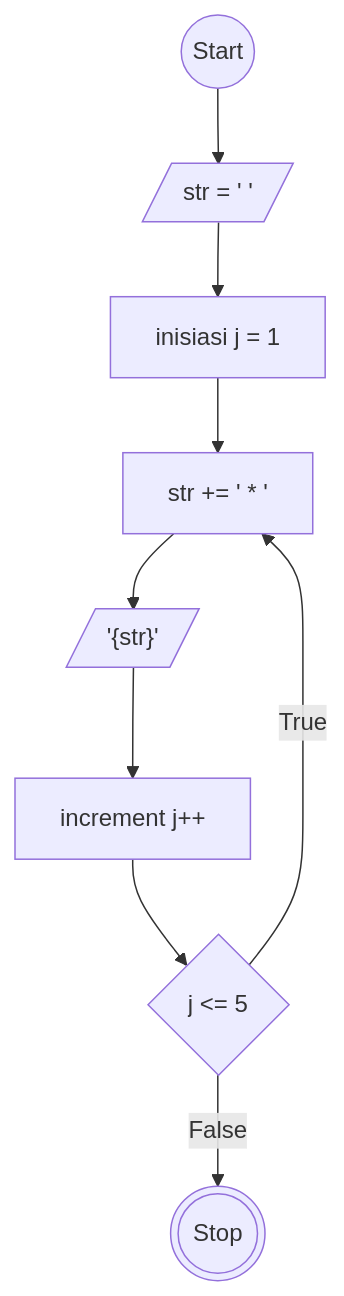
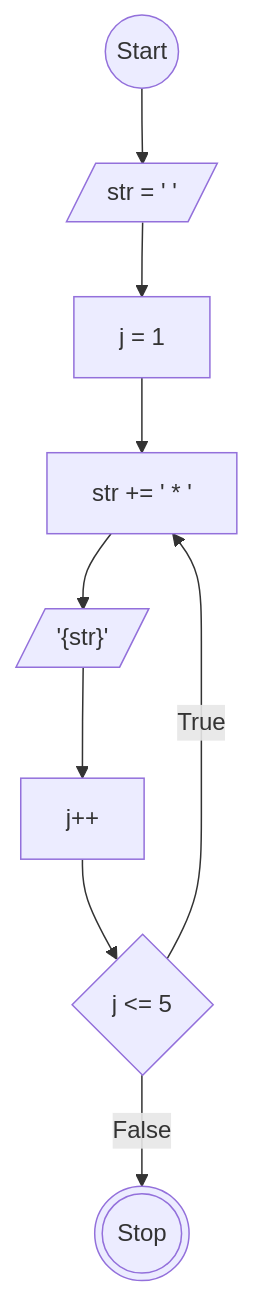
One commit to MuhamadRafliShidiq/koda-b8-homework1 changed the second of 2 diagrams in readme.md. Above: the diagram before and after it, drawn with Mermaid.

````diff
--- a/readme.md
+++ b/readme.md
@@ -32,22 +32,22 @@
 ```mermaid
 
     flowchart TD
 
     a@{ shape: circle, label: "Start" }
     b@{ shape: lean-r, label: " str = ' '" }
-    c@{ shape: rect, label: " inisiasi j = 1" }
+    c@{ shape: rect, label: " j = 1" }
     d@{ shape: diamond, label: "j <= 5" }
     e@{ shape: rect, label: " str += ' * '" }
     g@{ shape: lean-r, label: " '{str}'" }
-    f@{ shape: rect, label: " increment j++" }
+    f@{ shape: rect, label: " j++" }
 
     h@{ shape: dbl-circ, label: "Stop" }
 
     a --> b --> c --> e
 
     d --True--> e --> g --> f
     f --> d
 
     d --False--> h
 
 ```
````
